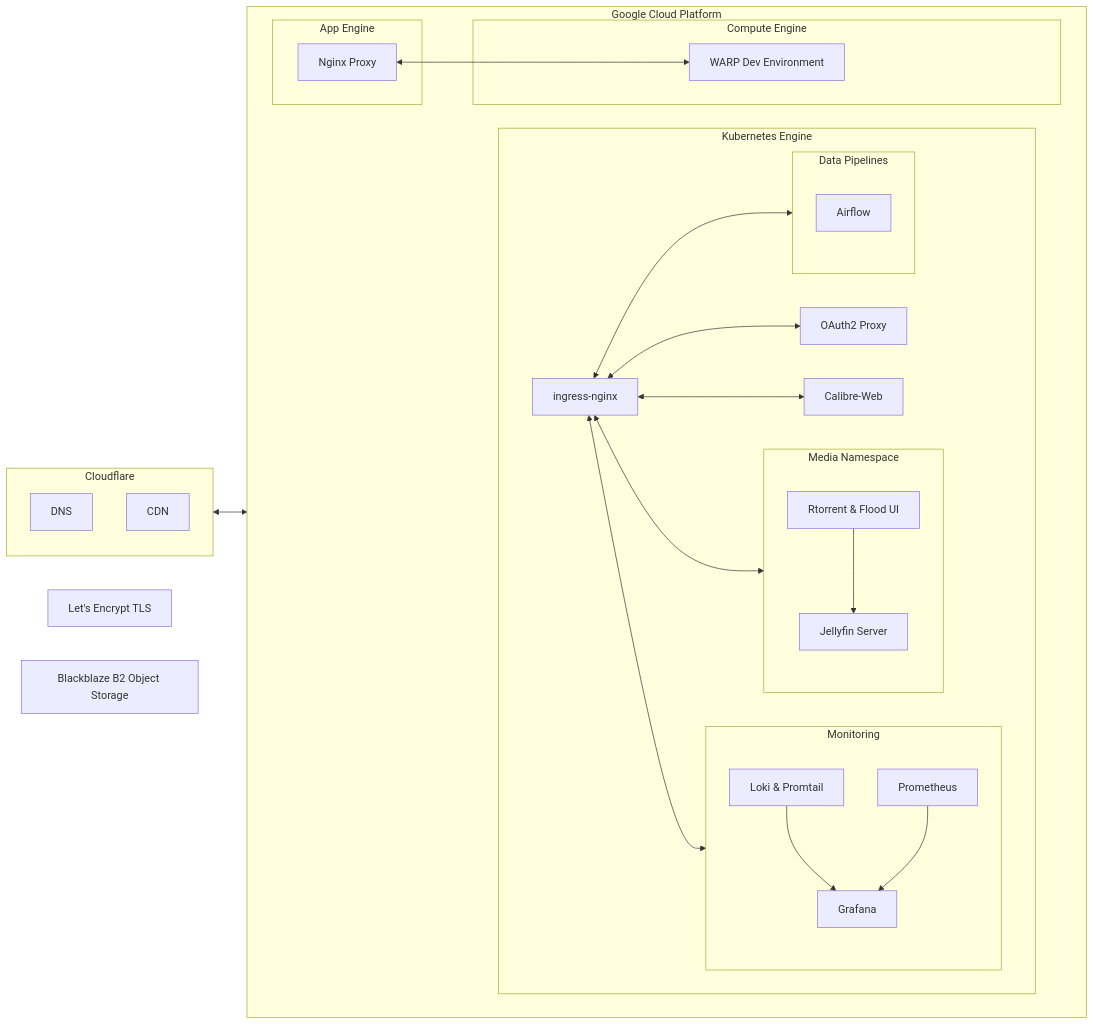
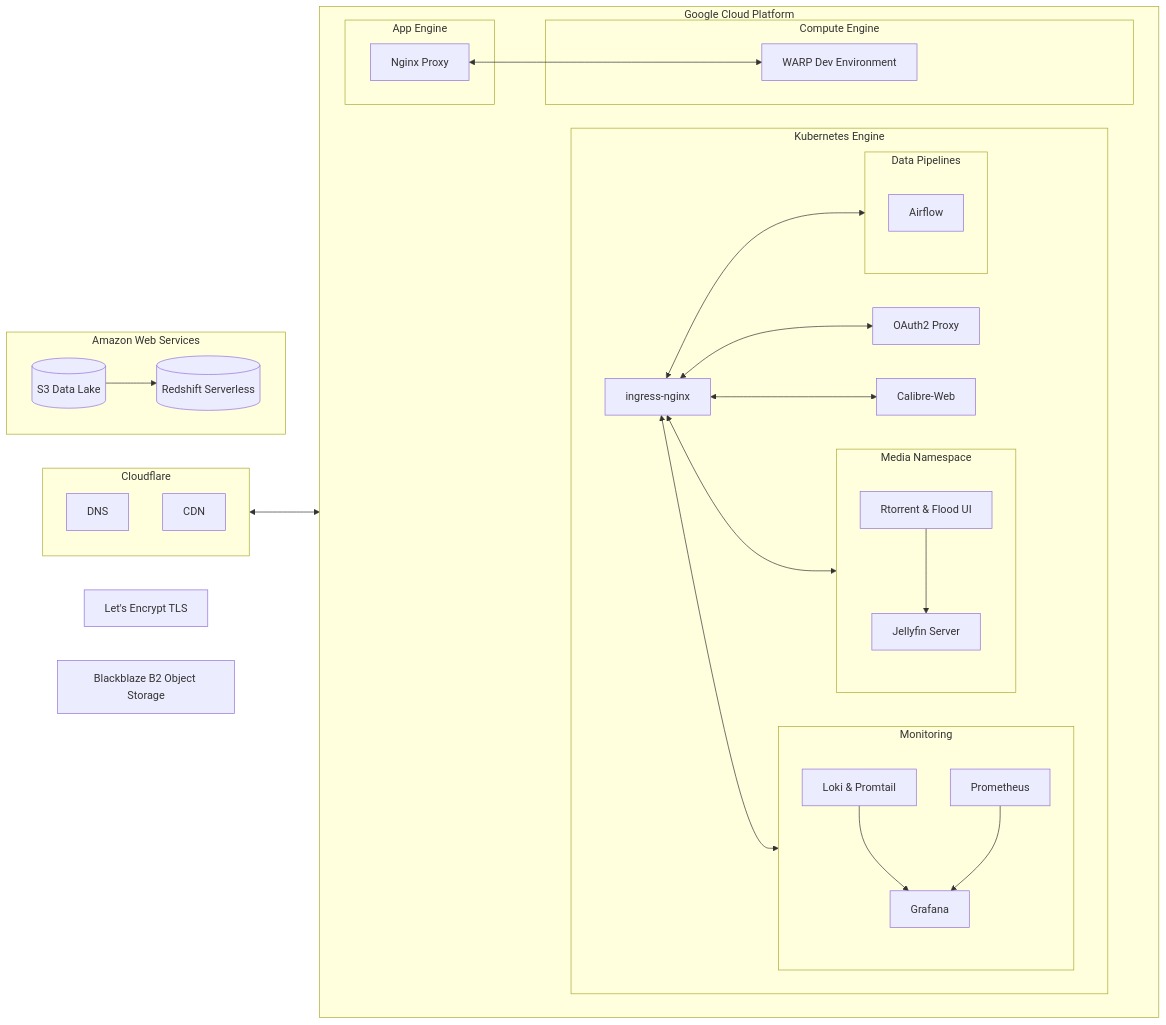
One commit to mrzzy/nimbus changed the diagram in README.md. Above: the diagram before and after it, drawn with Mermaid. The commit also changed other lines of this file and 3 other files, not shown here.

First line of the commit message:
feat(terraform): Deploy AWS S3 & Redshift Serverless Lake & Warehouse (#261)

````diff
--- a/README.md
+++ b/README.md
@@ -13,42 +13,47 @@
 ```mermaid
 flowchart LR
     tls[Let's Encrypt TLS]
     b2[Blackblaze B2 Object Storage]
 
     subgraph cf[Cloudflare]
         direction TB
         DNS
         CDN
     end
 
     cf[Cloudflare] <--> gcp
 
     subgraph gcp[Google Cloud Platform]
         direction LR
         subgraph gae[App Engine]
             proxy[Nginx Proxy]
         end
         subgraph gce[Compute Engine]
             dev-env[WARP Dev Environment]
         end
         proxy <--> dev-env
 
         subgraph k8s[Kubernetes Engine]
             direction LR
 
             ingress[ingress-nginx] <--> oauth[OAuth2 Proxy]
             ingress <--> media & monitoring & pipeline & calibre-web[Calibre-Web]
             subgraph media[Media Namespace]
                 torrent[Rtorrent & Flood UI] -->  media-svr[Jellyfin Server]
             end
             subgraph monitoring[Monitoring]
                 log[Loki & Promtail]
                 metrics[Prometheus]
                 log & metrics --> dashboard[Grafana]
             end
             subgraph pipeline[Data Pipelines]
                 airflow[Airflow]
             end
         end
     end
+
+    subgraph aws[Amazon Web Services]
+        direction LR
+        s3[(S3 Data Lake)] --> redshift[(Redshift Serverless)]
+    end
 ```
````
